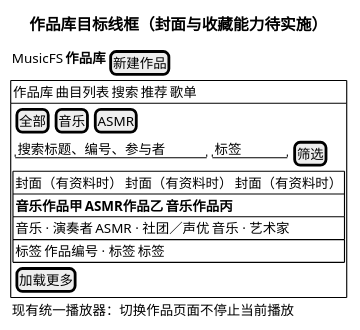
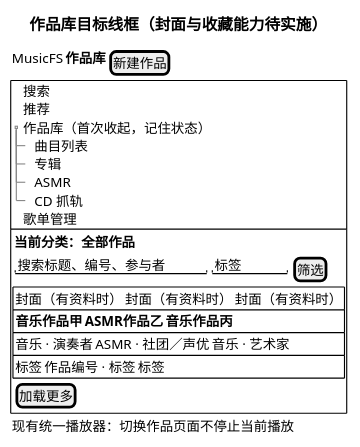
Before and after one commit to fnMrRice/MusicFS: the diagram in docs/prototypes/work-library.salt.puml, drawn with PlantUML. The commit also changed 4 other files, not shown here.

```diff
--- a/docs/prototypes/work-library.salt.puml
+++ b/docs/prototypes/work-library.salt.puml
@@ -1,22 +1,31 @@
 @startsalt
 title 作品库目标线框（封面与收藏能力待实施）
 {
 { MusicFS | <b>作品库 | [新建作品] }
 {#
-{ 作品库 | 曲目列表 | 搜索 | 推荐 | 歌单 }
+{T
++ 搜索
++ 推荐
++ 作品库（首次收起，记住状态）
+++ 曲目列表
+++ 专辑
+++ ASMR
+++ CD 抓轨
++ 歌单管理
+}
 |
 {
-{ [全部] | [音乐] | [ASMR] }
+{ <b>当前分类：全部作品 }
 { "搜索标题、编号、参与者          " | "标签      " | [筛选] }
 {#
 { 封面（有资料时） | 封面（有资料时） | 封面（有资料时） }
 { <b>音乐作品甲 | <b>ASMR作品乙 | <b>音乐作品丙 }
 { 音乐 · 演奏者 | ASMR · 社团／声优 | 音乐 · 艺术家 }
 { 标签 | 作品编号 · 标签 | 标签 }
 }
 { [加载更多] }
 }
 }
 { 现有统一播放器：切换作品页面不停止当前播放 }
 }
 @endsalt
```
